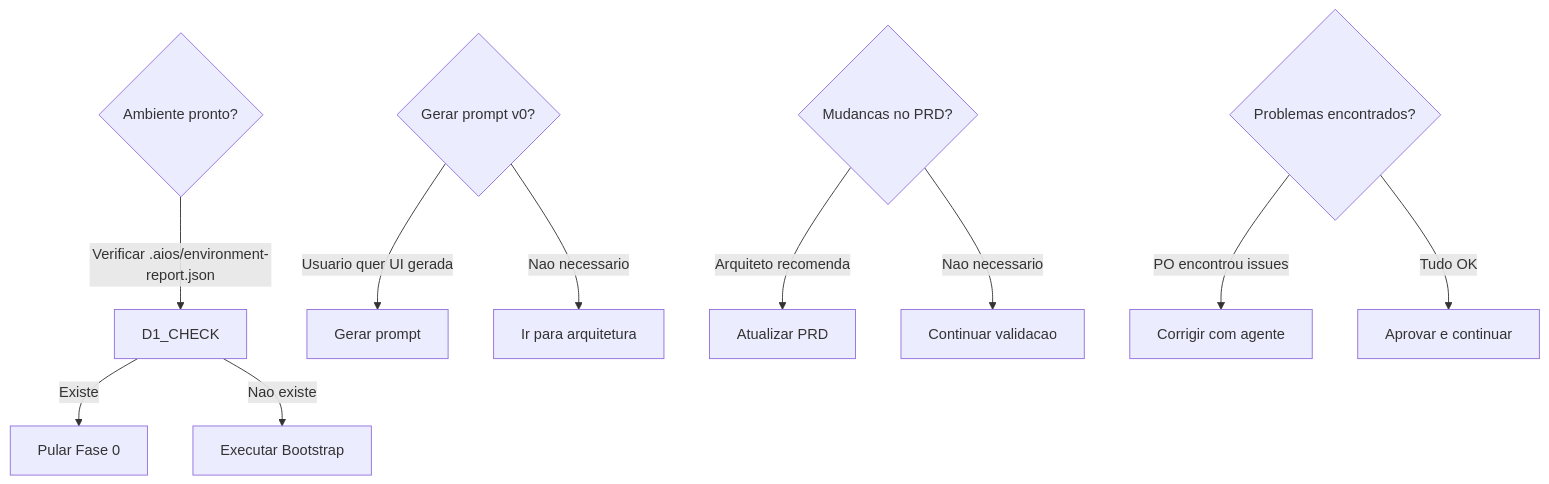
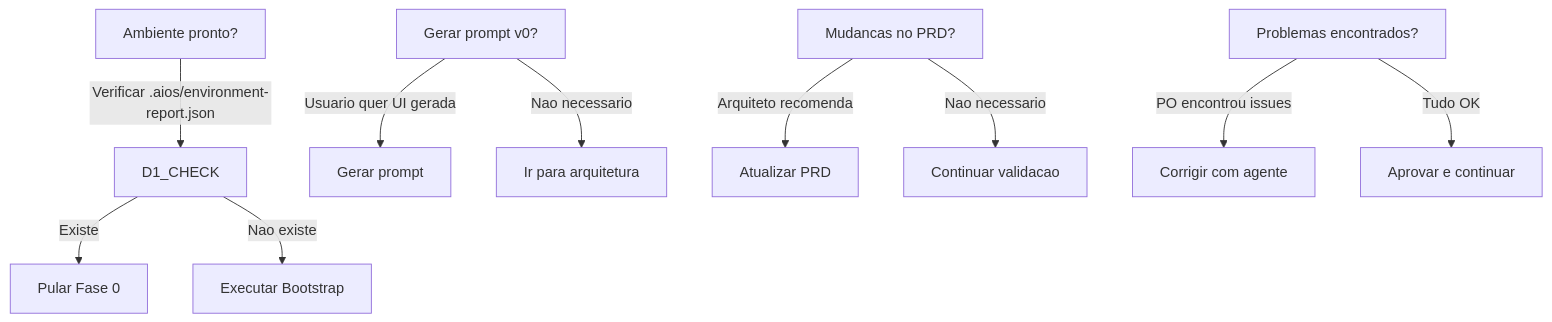
Before and after one commit to bychrisr/aios-docs: the ninth of 9 diagrams in content/en/docs/guides/workflows/GREENFIELD-FULLSTACK-WORKFLOW.mdx, drawn with Mermaid. The commit also changed other lines of this file and 40 other files, not shown here.

````diff
--- a/content/en/docs/guides/workflows/GREENFIELD-FULLSTACK-WORKFLOW.mdx
+++ b/content/en/docs/guides/workflows/GREENFIELD-FULLSTACK-WORKFLOW.mdx
@@ -668,19 +668,19 @@
 ```mermaid
 flowchart TD
-    D1{Ambiente pronto?}
+    D1[Ambiente pronto?]
     D1 -->|Verificar .aios/environment-report.json| D1_CHECK
     D1_CHECK -->|Existe| SKIP[Pular Fase 0]
     D1_CHECK -->|Nao existe| RUN[Executar Bootstrap]
 
-    D2{Gerar prompt v0?}
+    D2[Gerar prompt v0?]
     D2 -->|Usuario quer UI gerada| D2_YES[Gerar prompt]
     D2 -->|Nao necessario| D2_NO[Ir para arquitetura]
 
-    D3{Mudancas no PRD?}
+    D3[Mudancas no PRD?]
     D3 -->|Arquiteto recomenda| D3_YES[Atualizar PRD]
     D3 -->|Nao necessario| D3_NO[Continuar validacao]
 
-    D4{Problemas encontrados?}
+    D4[Problemas encontrados?]
     D4 -->|PO encontrou issues| D4_YES[Corrigir com agente]
     D4 -->|Tudo OK| D4_NO[Aprovar e continuar]
 ```
````
